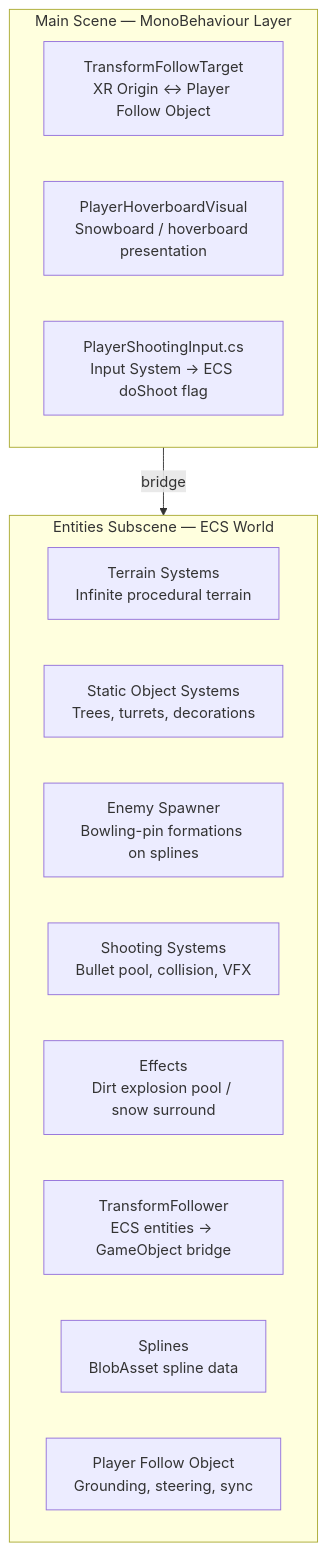
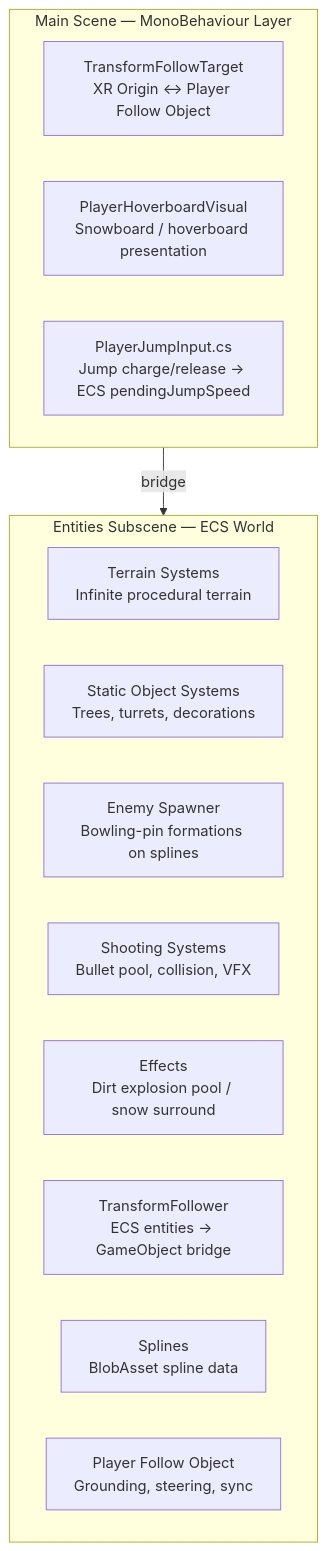
Before and after one commit to octopus8/BlueDesertFox: the first of 2 diagrams in Assets/_App/Escape Mountain/Documentation/SCENE_OVERVIEW.md, drawn with Mermaid. The commit also changed other lines of this file and 10 other files, not shown here.

````diff
--- a/Assets/_App/Escape Mountain/Documentation/SCENE_OVERVIEW.md
+++ b/Assets/_App/Escape Mountain/Documentation/SCENE_OVERVIEW.md
@@ -19,21 +19,21 @@
 ```mermaid
 flowchart TD
     subgraph MAIN["Main Scene — MonoBehaviour Layer"]
         TFT["TransformFollowTarget\nXR Origin ↔ Player Follow Object"]
         PHV["PlayerHoverboardVisual\nSnowboard / hoverboard presentation"]
-        PSI["PlayerShootingInput.cs\nInput System → ECS doShoot flag"]
+        PJI["PlayerJumpInput.cs\nJump charge/release → ECS pendingJumpSpeed"]
     end
 
     subgraph ECS["Entities Subscene — ECS World"]
         TS["Terrain Systems\nInfinite procedural terrain"]
         SOS["Static Object Systems\nTrees, turrets, decorations"]
         ES["Enemy Spawner\nBowling-pin formations on splines"]
         SS["Shooting Systems\nBullet pool, collision, VFX"]
         EFF["Effects\nDirt explosion pool / snow surround"]
         TF["TransformFollower\nECS entities → GameObject bridge"]
         SPL["Splines\nBlobAsset spline data"]
         PFO["Player Follow Object\nGrounding, steering, sync"]
     end
 
     MAIN -->|"bridge"| ECS
 ```
````
